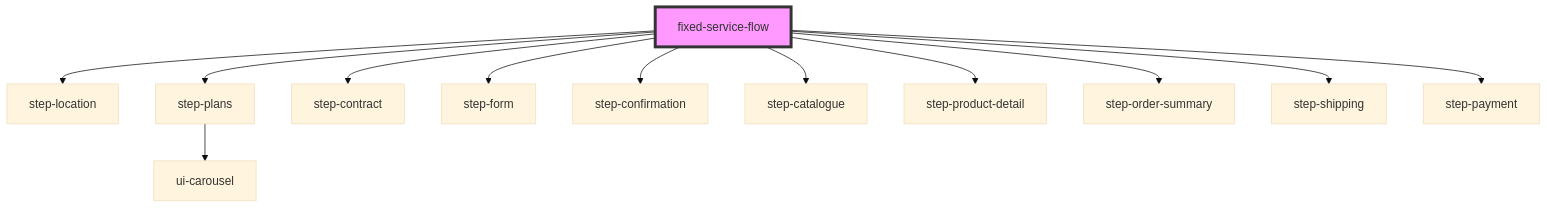
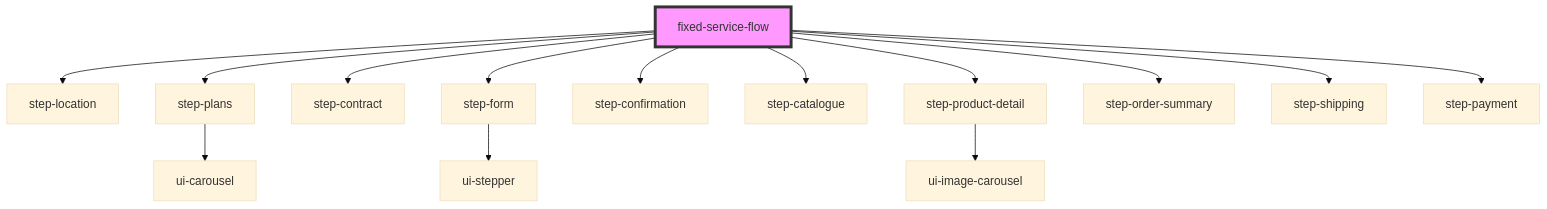
The diagram in fixed-flow-labs/fixed-service-flow/src/components/fixed-service-flow/readme.md (smlzjosue/fixed-service-flow-web-component), drawn with Mermaid (base theme) before and after one commit. The commit also changed 45 other files, not shown here.

````diff
--- a/fixed-flow-labs/fixed-service-flow/src/components/fixed-service-flow/readme.md
+++ b/fixed-flow-labs/fixed-service-flow/src/components/fixed-service-flow/readme.md
@@ -45,15 +45,17 @@
 ```mermaid
 graph TD;
   fixed-service-flow --> step-location
   fixed-service-flow --> step-plans
   fixed-service-flow --> step-contract
   fixed-service-flow --> step-form
   fixed-service-flow --> step-confirmation
   fixed-service-flow --> step-catalogue
   fixed-service-flow --> step-product-detail
   fixed-service-flow --> step-order-summary
   fixed-service-flow --> step-shipping
   fixed-service-flow --> step-payment
   step-plans --> ui-carousel
+  step-form --> ui-stepper
+  step-product-detail --> ui-image-carousel
   style fixed-service-flow fill:#f9f,stroke:#333,stroke-width:4px
 ```
````
